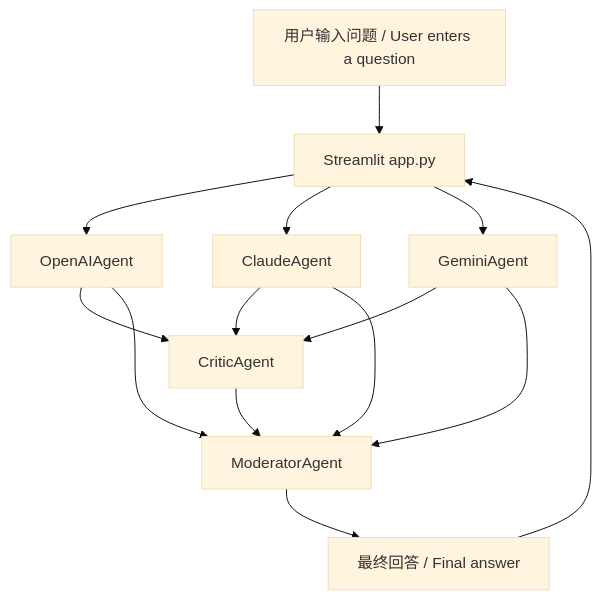
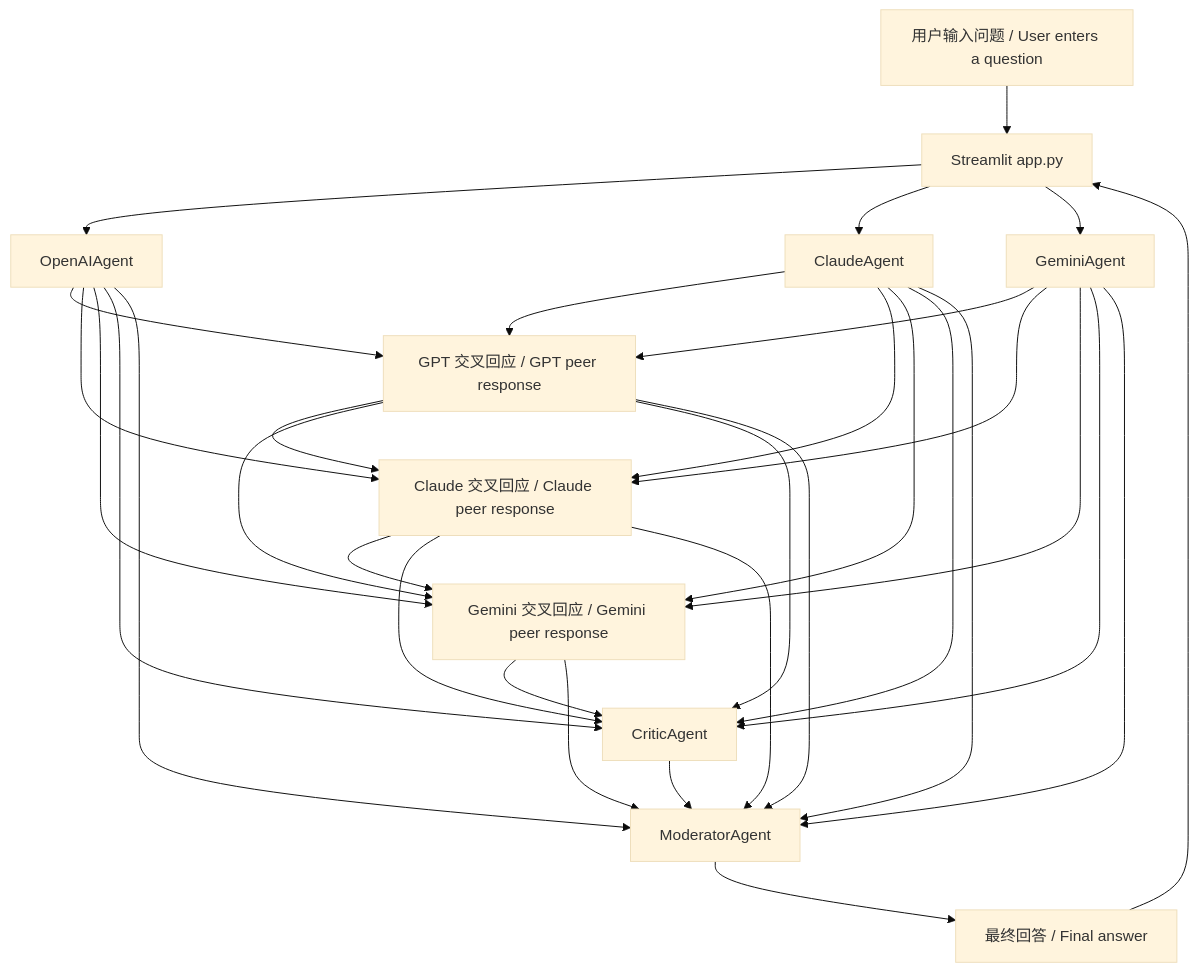
Before and after one commit to ZihanWG/multi-ai-room: the diagram in docs/ARCHITECTURE.md, drawn with Mermaid (base theme). The commit also changed other lines of this file and 16 other files, not shown here.

````diff
--- a/docs/ARCHITECTURE.md
+++ b/docs/ARCHITECTURE.md
@@ -16,16 +16,34 @@
 ```mermaid
 flowchart TD
     User["用户输入问题 / User enters a question"] --> UI["Streamlit app.py"]
     UI --> GPT["OpenAIAgent"]
     UI --> Claude["ClaudeAgent"]
     UI --> Gemini["GeminiAgent"]
+    GPT --> GPTRound["GPT 交叉回应 / GPT peer response"]
+    Claude --> GPTRound
+    Gemini --> GPTRound
+    GPT --> ClaudeRound["Claude 交叉回应 / Claude peer response"]
+    Claude --> ClaudeRound
+    Gemini --> ClaudeRound
+    GPTRound --> ClaudeRound
+    GPT --> GeminiRound["Gemini 交叉回应 / Gemini peer response"]
+    Claude --> GeminiRound
+    Gemini --> GeminiRound
+    GPTRound --> GeminiRound
+    ClaudeRound --> GeminiRound
     GPT --> Critic["CriticAgent"]
     Claude --> Critic
     Gemini --> Critic
+    GPTRound --> Critic
+    ClaudeRound --> Critic
+    GeminiRound --> Critic
     GPT --> Moderator["ModeratorAgent"]
     Claude --> Moderator
     Gemini --> Moderator
+    GPTRound --> Moderator
+    ClaudeRound --> Moderator
+    GeminiRound --> Moderator
     Critic --> Moderator
     Moderator --> Result["最终回答 / Final answer"]
     Result --> UI
 ```
````
